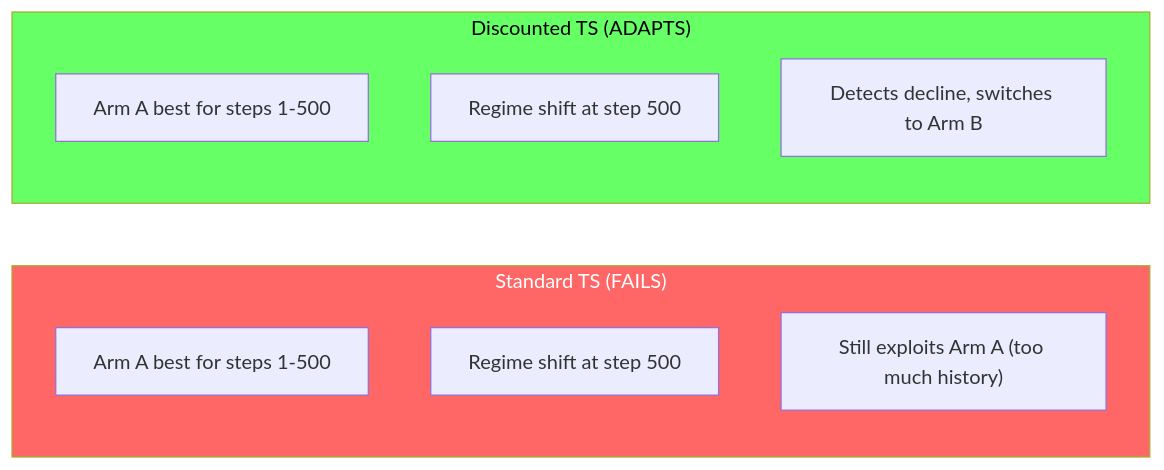
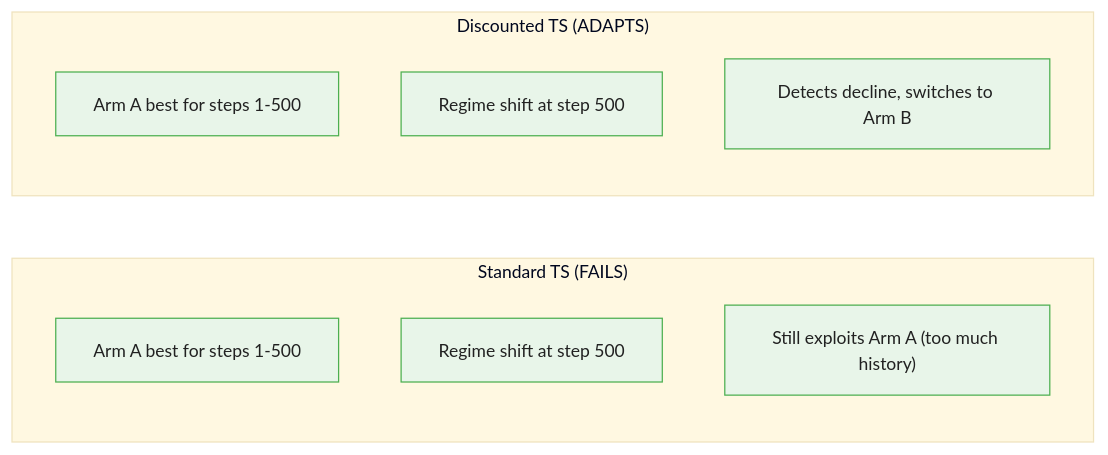
The first of 3 diagrams in courses/multi-armed-bandits-ab-testing/modules/module_06_advanced_topics/guides/01_non_stationary_bandits_slides.md (m-deane/course-creator), drawn with Mermaid before and after one commit. The commit also changed other lines of this file and 146 other files, not shown here.

````diff
--- a/courses/multi-armed-bandits-ab-testing/modules/module_06_advanced_topics/guides/01_non_stationary_bandits_slides.md
+++ b/courses/multi-armed-bandits-ab-testing/modules/module_06_advanced_topics/guides/01_non_stationary_bandits_slides.md
@@ -31,16 +38,14 @@
 ```mermaid
+%%{init: {"theme": "base", "themeVariables": {"primaryColor": "#e8f5e9", "primaryBorderColor": "#4caf50", "primaryTextColor": "#212121", "secondaryColor": "#e3f2fd", "tertiaryColor": "#fff8e1", "lineColor": "#757575", "fontFamily": "Inter, sans-serif", "fontSize": "14px"}}}%%
 flowchart LR
     subgraph Standard["Standard TS (FAILS)"]
         S1["Arm A best for steps 1-500"]
         S2["Regime shift at step 500"]
         S3["Still exploits Arm A (too much history)"]
     end
     subgraph Discounted["Discounted TS (ADAPTS)"]
         D1["Arm A best for steps 1-500"]
         D2["Regime shift at step 500"]
         D3["Detects decline, switches to Arm B"]
     end
-
-    style Standard fill:#f66,color:#fff
-    style Discounted fill:#6f6,color:#000
 ```
````
